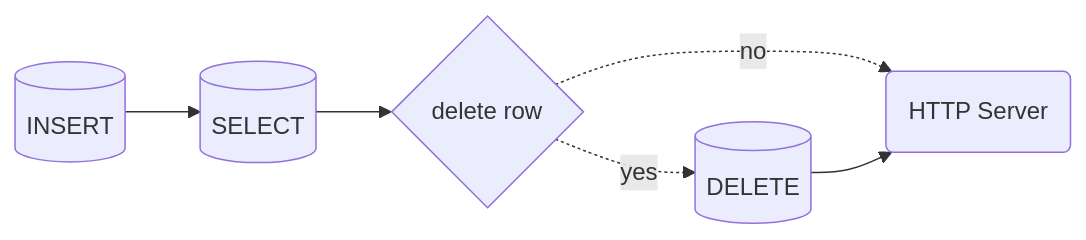
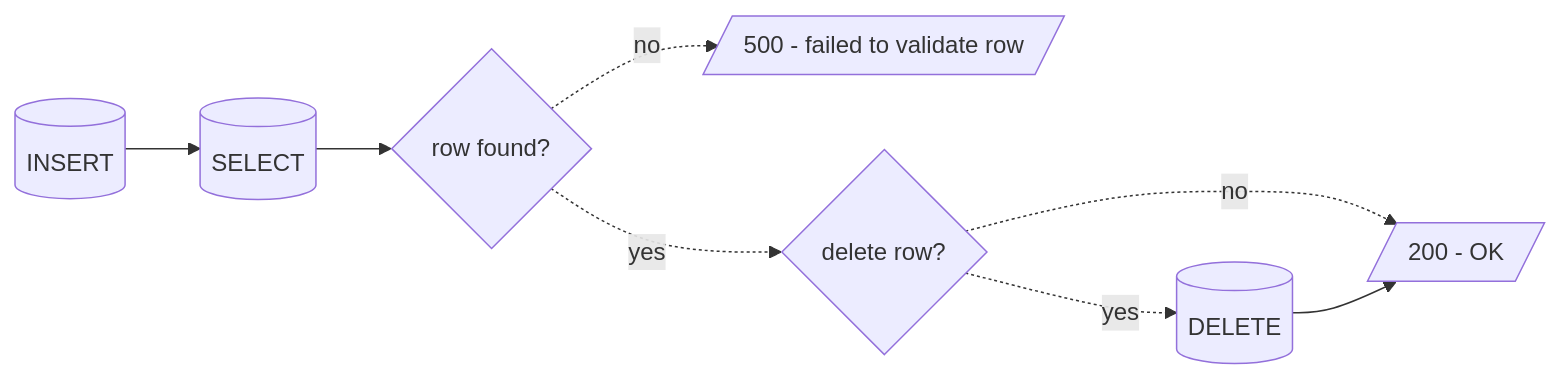
One commit to richie-tt/mariadb-healthcheck changed the diagram in README.md. Above: the diagram before and after it, drawn with Mermaid. The commit also changed other lines of this file and 16 other files, not shown here.

````diff
--- a/README.md
+++ b/README.md
@@ -13,8 +13,10 @@
 ```mermaid
 flowchart LR
     A[(INSERT)] --> B[(SELECT)]
-    B --> C{delete row }
+    B --> V{row found?}
+    V -.-> |no|F[/500 - failed to validate row/]
+    V -.-> |yes|C{delete row?}
     C -.-> |yes|D[(DELETE)]
-    C -.-> |no|E(HTTP Server)
+    C -.-> |no|E[/200 - OK/]
     D --> E
 ```
````
